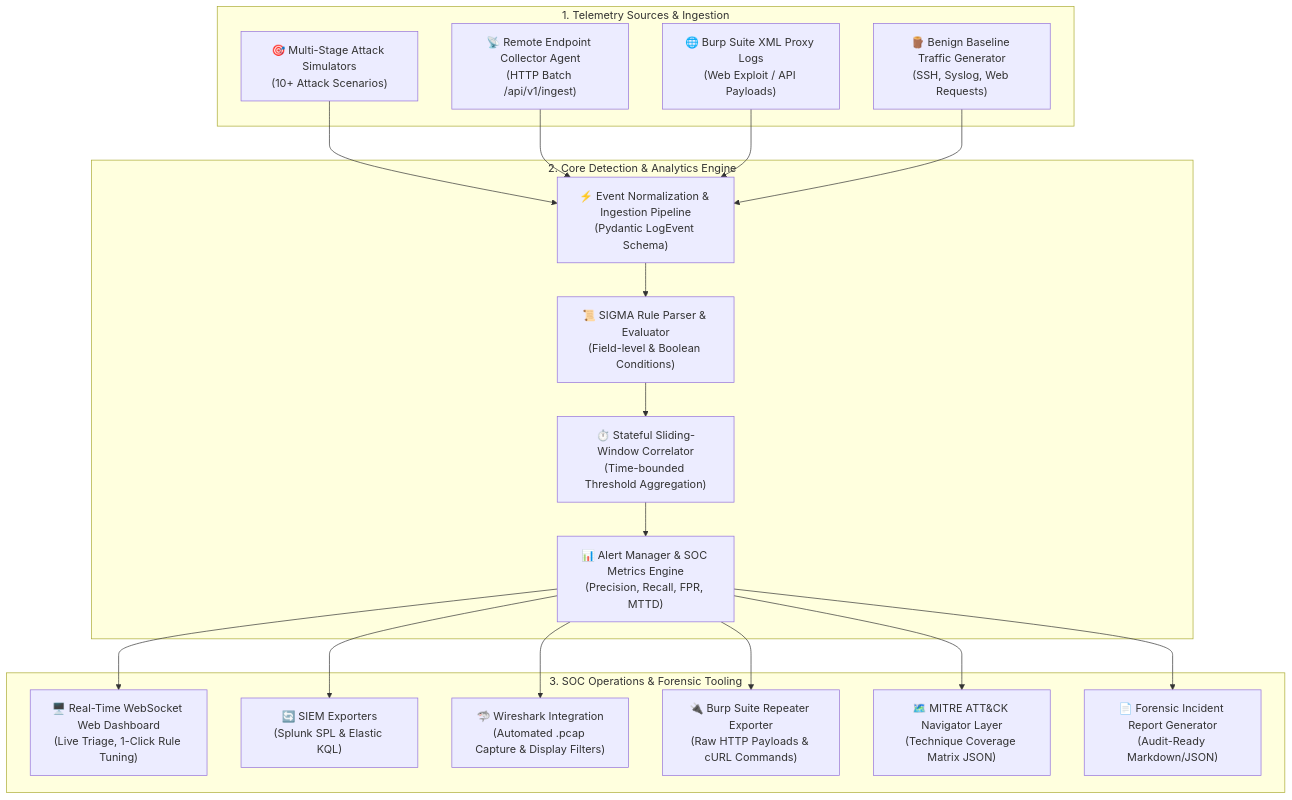
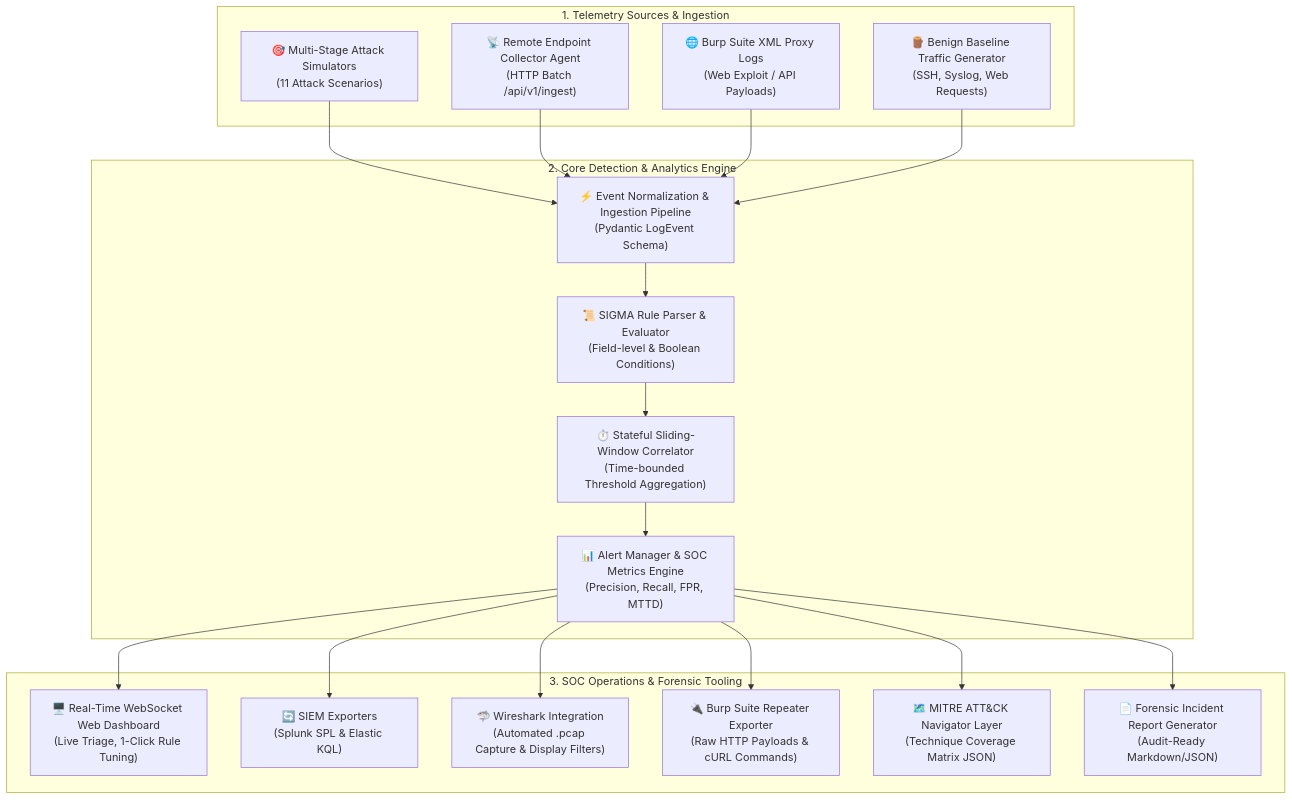
The diagram in README.md (kaushalhemant/soc-telemetry-detection-lab), drawn with Mermaid before and after one commit. The commit also changed other lines of this file and 1 other file, not shown here.

````diff
--- a/README.md
+++ b/README.md
@@ -15,39 +16,39 @@
 ```mermaid
 flowchart TD
     subgraph Telemetry Sources ["1. Telemetry Sources & Ingestion"]
-        A1["🎯 Multi-Stage Attack Simulators<br/>(10+ Attack Scenarios)"]
+        A1["🎯 Multi-Stage Attack Simulators<br/>(11 Attack Scenarios)"]
         A2["📡 Remote Endpoint Collector Agent<br/>(HTTP Batch /api/v1/ingest)"]
         A3["🌐 Burp Suite XML Proxy Logs<br/>(Web Exploit / API Payloads)"]
         A4["🪵 Benign Baseline Traffic Generator<br/>(SSH, Syslog, Web Requests)"]
     end
 
     subgraph Core Engine ["2. Core Detection & Analytics Engine"]
         B1["⚡ Event Normalization & Ingestion Pipeline<br/>(Pydantic LogEvent Schema)"]
         B2["📜 SIGMA Rule Parser & Evaluator<br/>(Field-level & Boolean Conditions)"]
         B3["⏱️ Stateful Sliding-Window Correlator<br/>(Time-bounded Threshold Aggregation)"]
         B4["📊 Alert Manager & SOC Metrics Engine<br/>(Precision, Recall, FPR, MTTD)"]
     end
 
     subgraph Analyst Tooling ["3. SOC Operations & Forensic Tooling"]
         C1["🖥️ Real-Time WebSocket Web Dashboard<br/>(Live Triage, 1-Click Rule Tuning)"]
         C2["🔄 SIEM Exporters<br/>(Splunk SPL & Elastic KQL)"]
         C3["🦈 Wireshark Integration<br/>(Automated .pcap Capture & Display Filters)"]
         C4["🔌 Burp Suite Repeater Exporter<br/>(Raw HTTP Payloads & cURL Commands)"]
         C5["🗺️ MITRE ATT&CK Navigator Layer<br/>(Technique Coverage Matrix JSON)"]
         C6["📄 Forensic Incident Report Generator<br/>(Audit-Ready Markdown/JSON)"]
     end
 
     A1 --> B1
     A2 --> B1
     A3 --> B1
     A4 --> B1
     B1 --> B2
     B2 --> B3
     B3 --> B4
     B4 --> C1
     B4 --> C2
     B4 --> C3
     B4 --> C4
     B4 --> C5
     B4 --> C6
 ```
````
